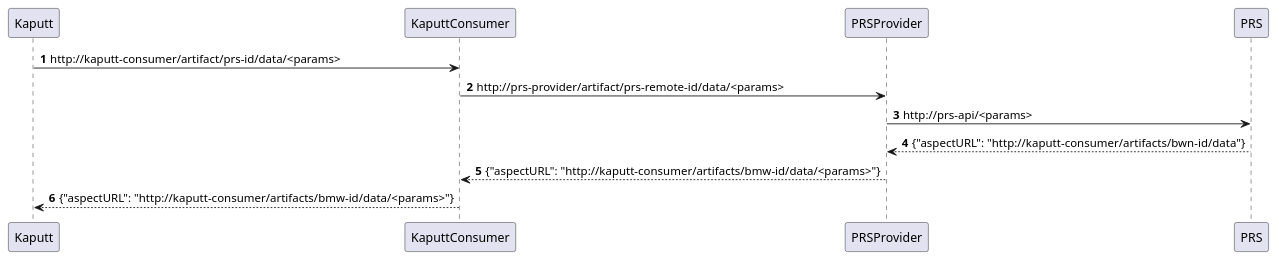
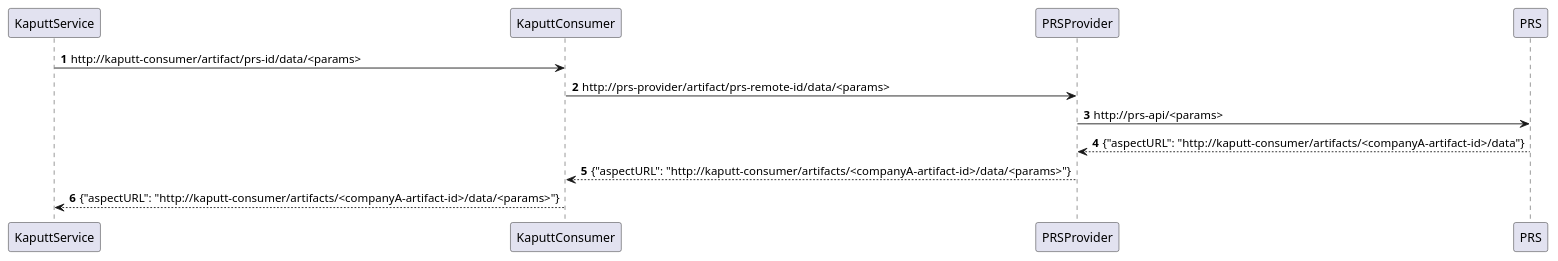
One commit to catenax/tractusx changed the diagram in documentation/architecture/diagrams/speedboat-get-aspect-url-sequence-diagram.puml. Above: the diagram before and after it, drawn with PlantUML. The commit also changed 1 other file, not shown here.

Commit message:
Updated diagram to work with CompanyA

```diff
--- a/documentation/architecture/diagrams/speedboat-get-aspect-url-sequence-diagram.puml
+++ b/documentation/architecture/diagrams/speedboat-get-aspect-url-sequence-diagram.puml
@@ -1,12 +1,12 @@
 @startuml
 'https://plantuml.com/sequence-diagram
 
 autonumber
 
-Kaputt -> KaputtConsumer: http://kaputt-consumer/artifact/prs-id/data/<params>
+KaputtService -> KaputtConsumer: http://kaputt-consumer/artifact/prs-id/data/<params>
 KaputtConsumer -> PRSProvider: http://prs-provider/artifact/prs-remote-id/data/<params>
 PRSProvider -> PRS: http://prs-api/<params>
-PRSProvider <-- PRS: {"aspectURL": "http://kaputt-consumer/artifacts/bwn-id/data"}
-KaputtConsumer <-- PRSProvider: {"aspectURL": "http://kaputt-consumer/artifacts/bmw-id/data/<params>"}
-Kaputt <-- KaputtConsumer: {"aspectURL": "http://kaputt-consumer/artifacts/bmw-id/data/<params>"}
+PRSProvider <-- PRS: {"aspectURL": "http://kaputt-consumer/artifacts/<companyA-artifact-id>/data"}
+KaputtConsumer <-- PRSProvider: {"aspectURL": "http://kaputt-consumer/artifacts/<companyA-artifact-id>/data/<params>"}
+KaputtService <-- KaputtConsumer: {"aspectURL": "http://kaputt-consumer/artifacts/<companyA-artifact-id>/data/<params>"}
 @enduml
```
